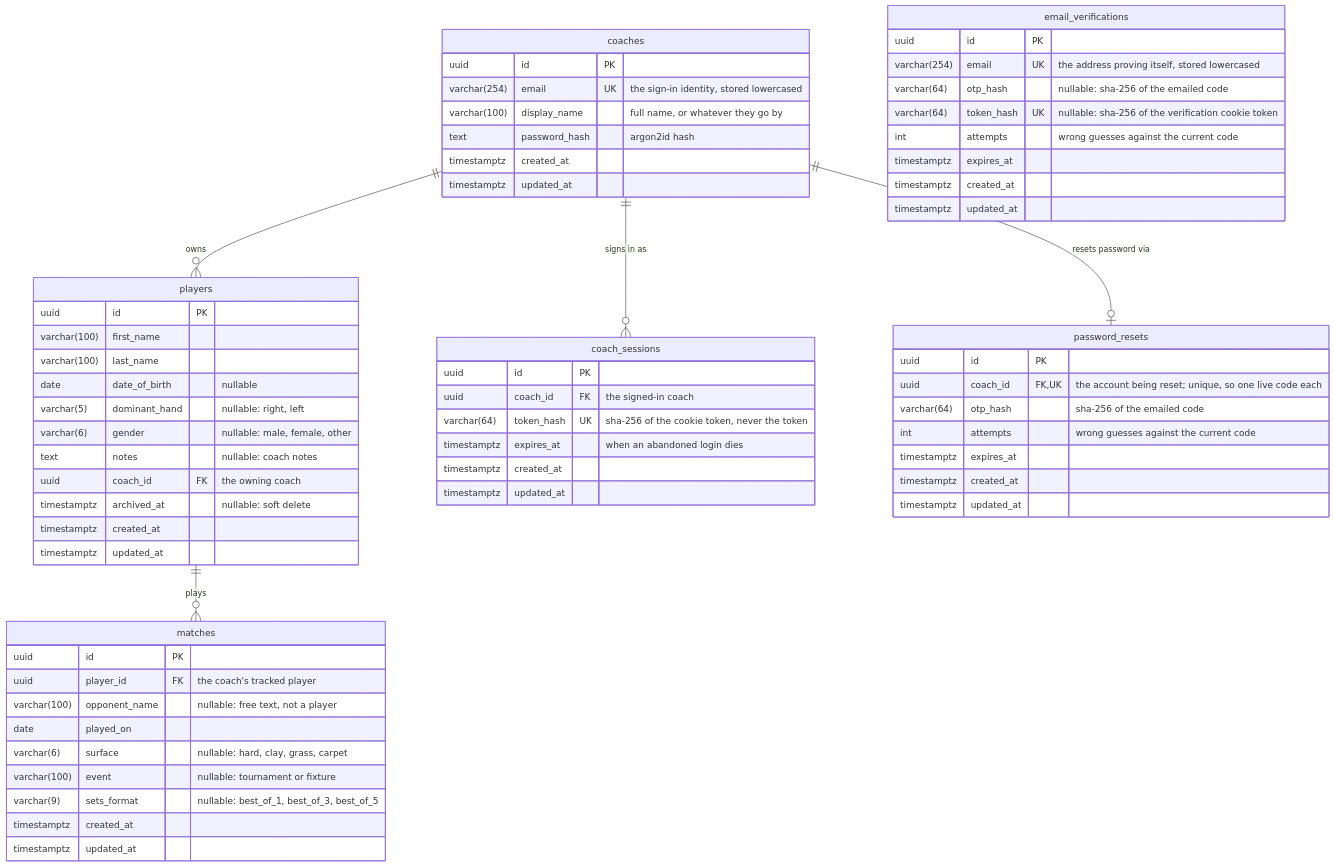
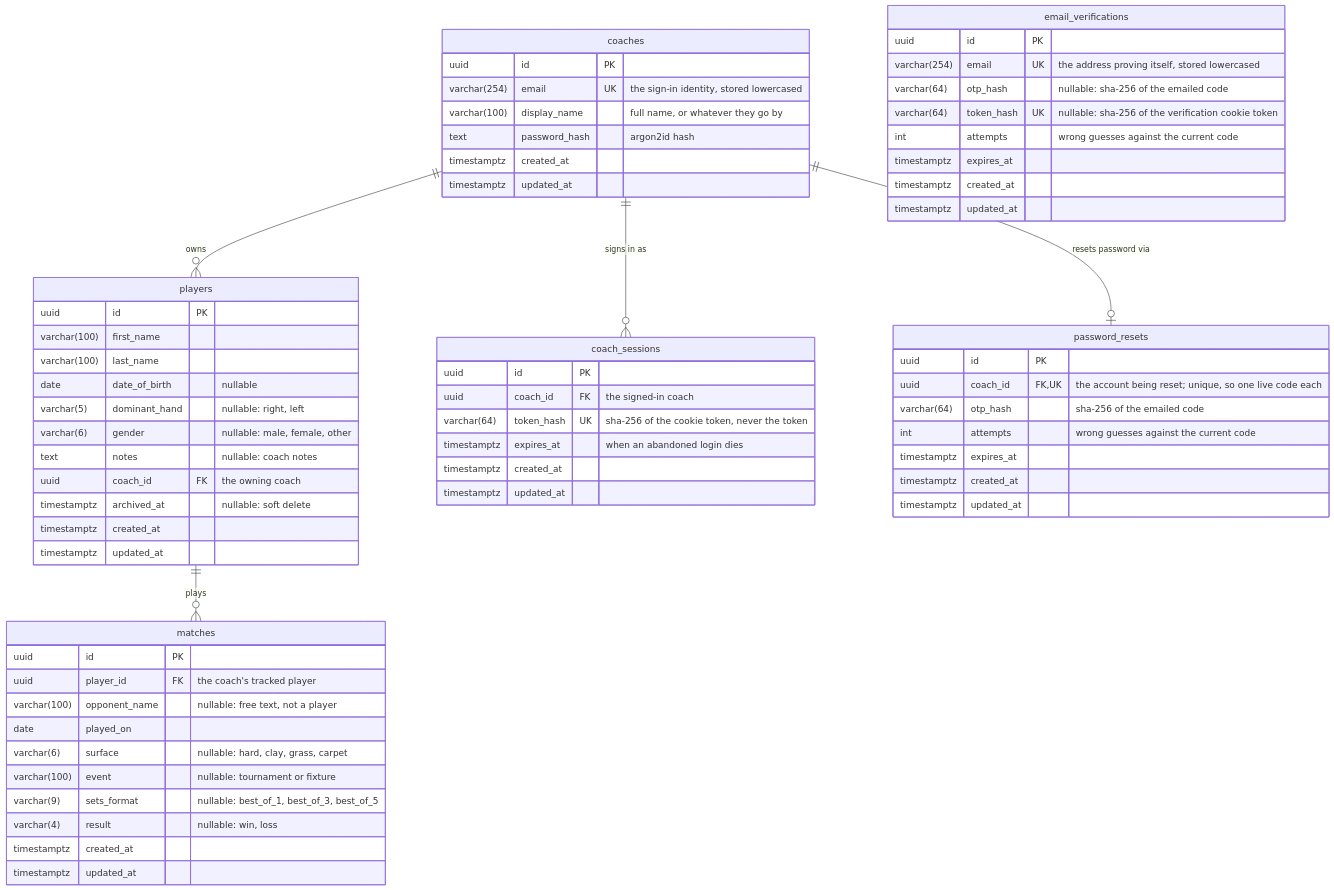
One commit to tkabalin/matchpoint changed the diagram in docs/data-model.md. Above: the diagram before and after it, drawn with Mermaid. The commit also changed other lines of this file and 11 other files, not shown here.

````diff
--- a/docs/data-model.md
+++ b/docs/data-model.md
@@ -12,72 +12,73 @@
 ```mermaid
 erDiagram
     coaches ||--o{ players : owns
     coaches ||--o{ coach_sessions : "signs in as"
     coaches ||--o| password_resets : "resets password via"
     players ||--o{ matches : plays
 
     coaches {
         uuid id PK
         varchar(254) email UK "the sign-in identity, stored lowercased"
         varchar(100) display_name "full name, or whatever they go by"
         text password_hash "argon2id hash"
         timestamptz created_at
         timestamptz updated_at
     }
 
     coach_sessions {
         uuid id PK
         uuid coach_id FK "the signed-in coach"
         varchar(64) token_hash UK "sha-256 of the cookie token, never the token"
         timestamptz expires_at "when an abandoned login dies"
         timestamptz created_at
         timestamptz updated_at
     }
 
     email_verifications {
         uuid id PK
         varchar(254) email UK "the address proving itself, stored lowercased"
         varchar(64) otp_hash "nullable: sha-256 of the emailed code"
         varchar(64) token_hash UK "nullable: sha-256 of the verification cookie token"
         int attempts "wrong guesses against the current code"
         timestamptz expires_at
         timestamptz created_at
         timestamptz updated_at
     }
 
     password_resets {
         uuid id PK
         uuid coach_id FK,UK "the account being reset; unique, so one live code each"
         varchar(64) otp_hash "sha-256 of the emailed code"
         int attempts "wrong guesses against the current code"
         timestamptz expires_at
         timestamptz created_at
         timestamptz updated_at
     }
 
     players {
         uuid id PK
         varchar(100) first_name
         varchar(100) last_name
         date date_of_birth "nullable"
         varchar(5) dominant_hand "nullable: right, left"
         varchar(6) gender "nullable: male, female, other"
         text notes "nullable: coach notes"
         uuid coach_id FK "the owning coach"
         timestamptz archived_at "nullable: soft delete"
         timestamptz created_at
         timestamptz updated_at
     }
 
     matches {
         uuid id PK
         uuid player_id FK "the coach's tracked player"
         varchar(100) opponent_name "nullable: free text, not a player"
         date played_on
         varchar(6) surface "nullable: hard, clay, grass, carpet"
         varchar(100) event "nullable: tournament or fixture"
         varchar(9) sets_format "nullable: best_of_1, best_of_3, best_of_5"
+        varchar(4) result "nullable: win, loss"
         timestamptz created_at
         timestamptz updated_at
     }
 ```
````
